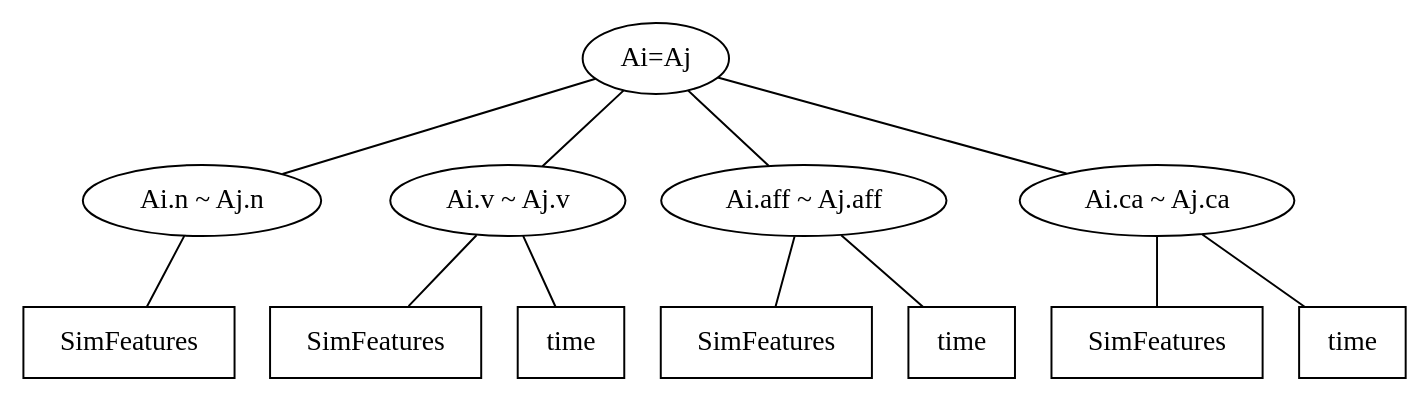
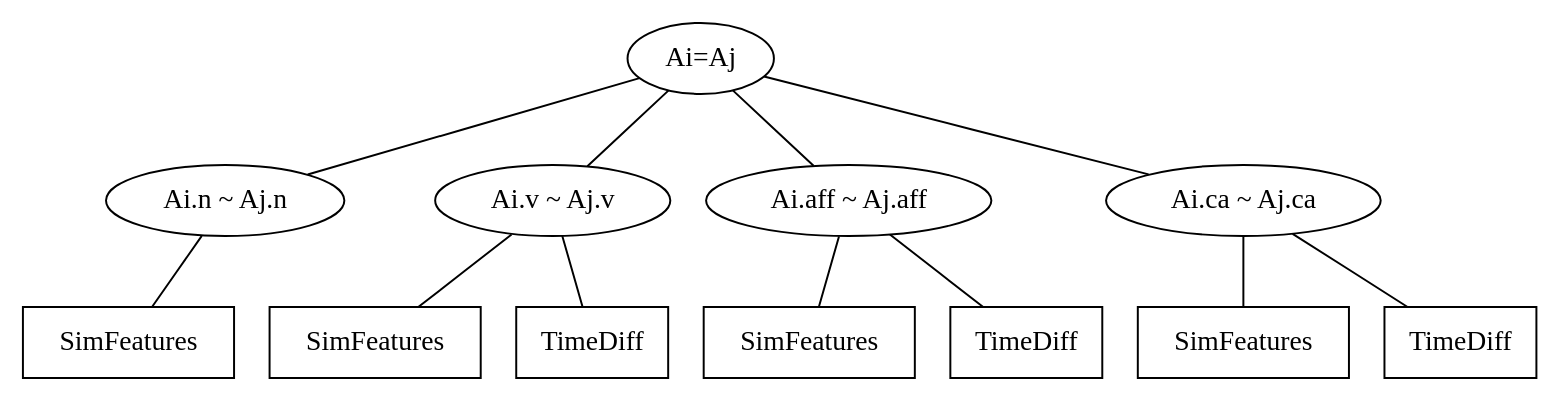
Before and after one commit to samanz/AuthorLink: the diagram in MidtermReport/crf.dot, drawn with Graphviz. The commit also changed 2 other files, not shown here.

```diff
--- a/MidtermReport/crf.dot
+++ b/MidtermReport/crf.dot
@@ -1,23 +1,23 @@
 digraph CRF {
 	edge[arrowhead="none"];
 
 	A[label="Ai=Aj"];
 	name[label="Ai.n ~ Aj.n"];
 	venue[label="Ai.v ~ Aj.v"];
 	aff[label="Ai.aff ~ Aj.aff"];
 	coa[label="Ai.ca ~ Aj.ca"];
 	fname[label="SimFeatures",shape="box"];
 	fvenue[label="SimFeatures",shape="box"];
 	faff[label="SimFeatures",shape="box"];
 	fcoa[label="SimFeatures",shape="box"];
-	tvenue[label="time",shape="box"];
-	taff[label="time",shape="box"];
-	tcoa[label="time",shape="box"];
+	tvenue[label="TimeDiff",shape="box"];
+	taff[label="TimeDiff",shape="box"];
+	tcoa[label="TimeDiff",shape="box"];
 	A -> name -> fname;
 	A -> venue -> fvenue;
 	A -> aff -> faff;
 	A -> coa -> fcoa;
 	venue -> tvenue;
 	aff -> taff;
 	coa -> tcoa;
 }
```
